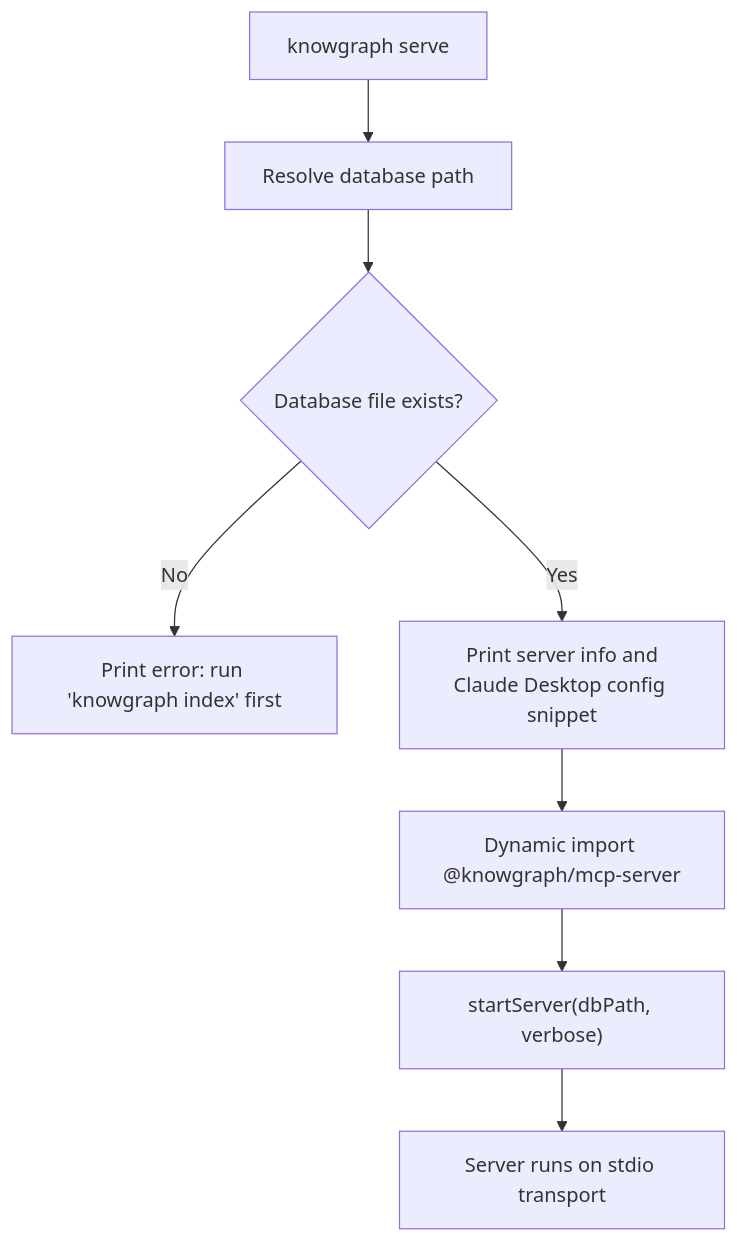
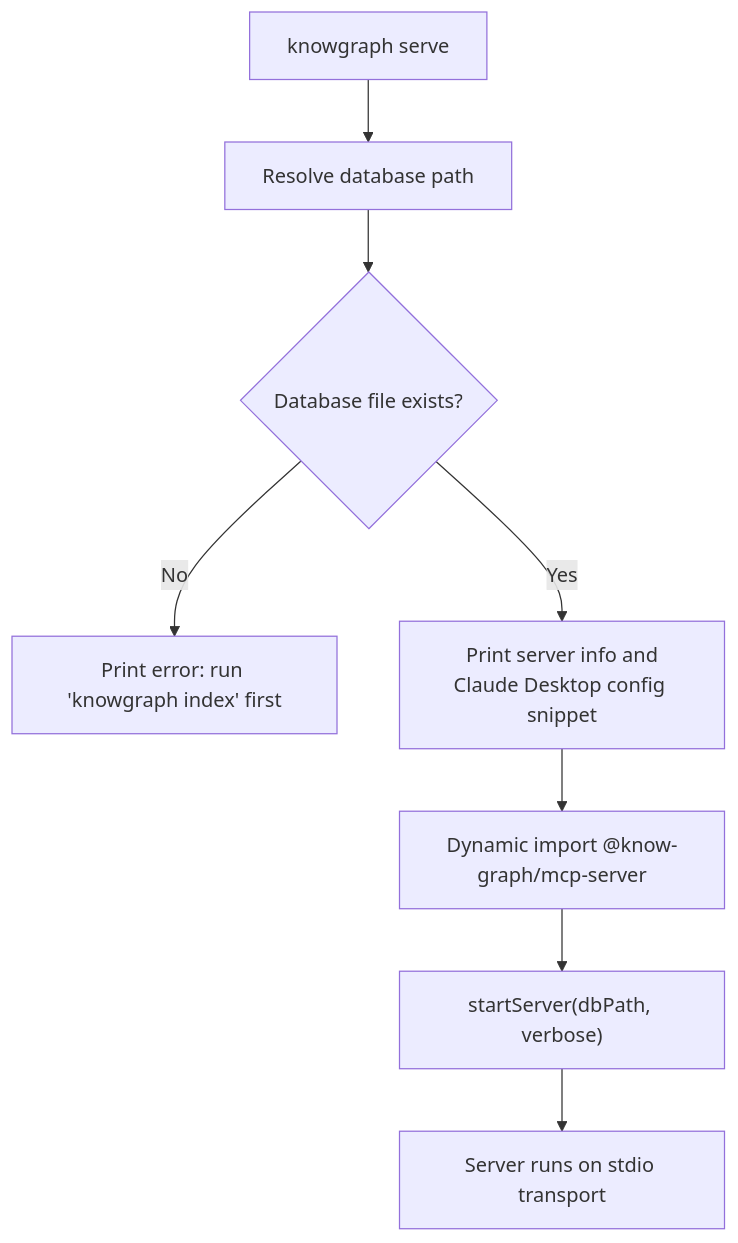
One commit to idosams/know-know changed the sixth of 7 diagrams in docs/cli/README.md. Above: the diagram before and after it, drawn with Mermaid. The commit also changed other lines of this file and 51 other files, not shown here.

Commit message:
chore: rename npm scope from @knowgraph to @know-graph

````diff
--- a/docs/cli/README.md
+++ b/docs/cli/README.md
@@ -502,10 +502,10 @@
 ```mermaid
 flowchart TD
     A["knowgraph serve"] --> B["Resolve database path"]
     B --> C{"Database file exists?"}
     C -- "No" --> D["Print error: run 'knowgraph index' first"]
     C -- "Yes" --> E["Print server info and<br/>Claude Desktop config snippet"]
-    E --> F["Dynamic import @knowgraph/mcp-server"]
+    E --> F["Dynamic import @know-graph/mcp-server"]
     F --> G["startServer(dbPath, verbose)"]
     G --> H["Server runs on stdio transport"]
 ```
````
